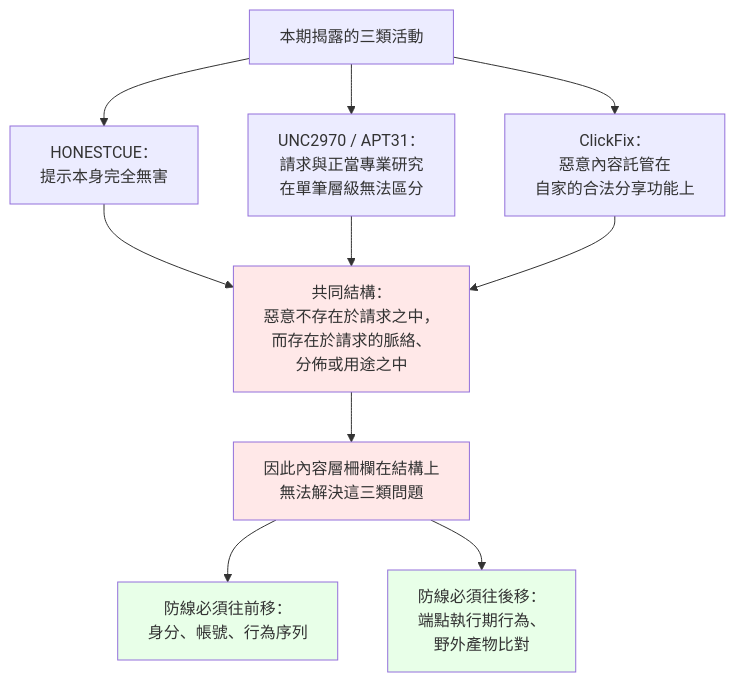
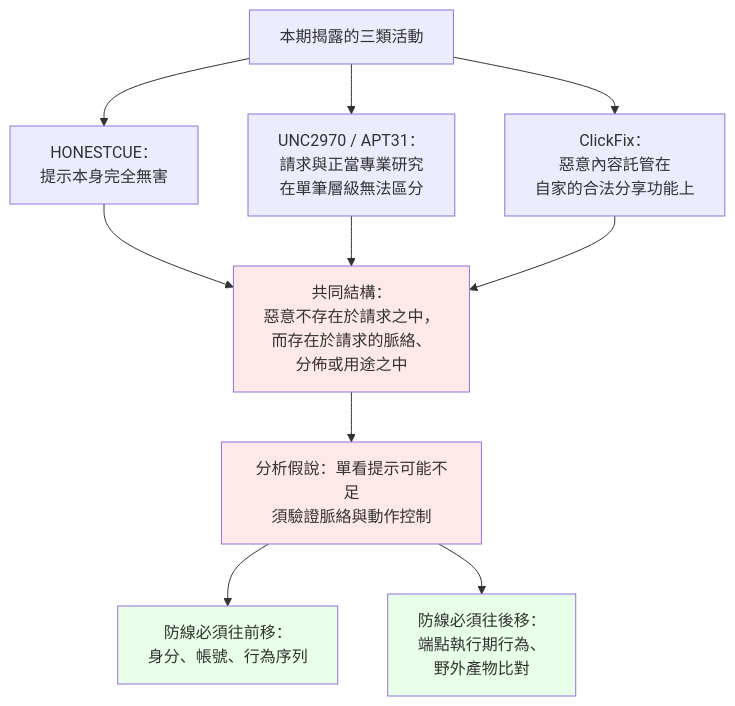
One commit to jack51706/ai-misuse-threat-intel-course changed the sixth of 7 diagrams in course/09-external-research/gtig-2026-02-ai-threat-tracker.md. Above: the diagram before and after it, drawn with Mermaid. The commit also changed other lines of this file and 87 other files, not shown here.

````diff
--- a/course/09-external-research/gtig-2026-02-ai-threat-tracker.md
+++ b/course/09-external-research/gtig-2026-02-ai-threat-tracker.md
@@ -1249,17 +1249,17 @@
 ```mermaid
 flowchart TB
     A["本期揭露的三類活動"]
     A --> B1["HONESTCUE：<br/>提示本身完全無害"]
     A --> B2["UNC2970 / APT31：<br/>請求與正當專業研究<br/>在單筆層級無法區分"]
     A --> B3["ClickFix：<br/>惡意內容託管在<br/>自家的合法分享功能上"]
     B1 --> C["共同結構：<br/>惡意不存在於請求之中，<br/>而存在於請求的脈絡、<br/>分佈或用途之中"]
     B2 --> C
     B3 --> C
-    C --> D["因此內容層柵欄在結構上<br/>無法解決這三類問題"]
+    C --> D["分析假說：單看提示可能不足<br/>須驗證脈絡與動作控制"]
     D --> E1["防線必須往前移：<br/>身分、帳號、行為序列"]
     D --> E2["防線必須往後移：<br/>端點執行期行為、<br/>野外產物比對"]
     style C fill:#ffe8e8
     style D fill:#ffe8e8
     style E1 fill:#e8ffe8
     style E2 fill:#e8ffe8
 ```
````
